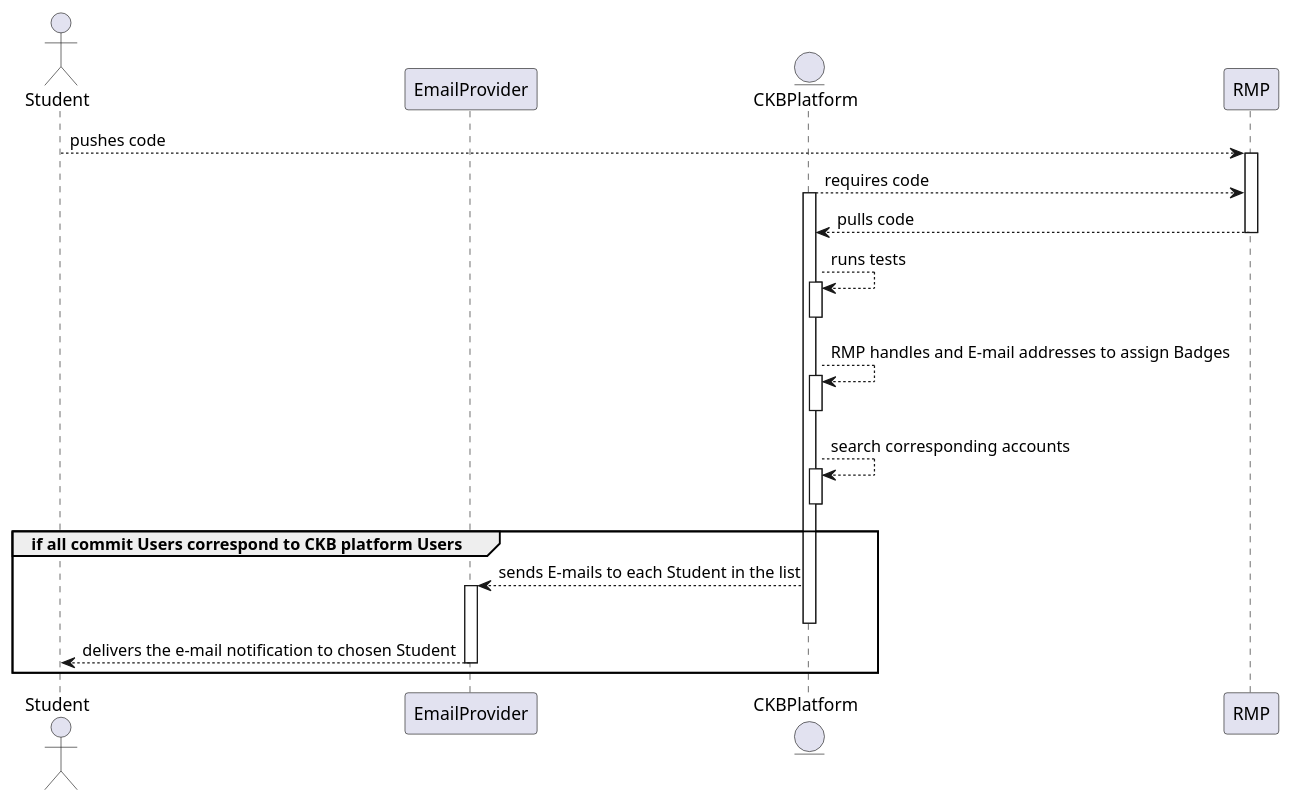
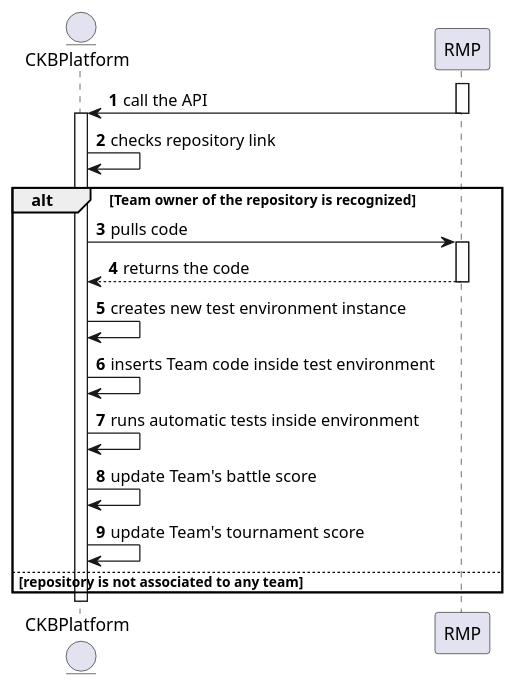
The diagram in _RASD/Images/UML/sequenceDiagram/sequenceDiagramUC9.wsd (Angelo7672/SE2_Requirement-and-Design-Document), drawn with PlantUML before and after one commit. The commit also changed 24 other files, not shown here.

Commit message:
sequence diagram fix

```diff
--- a/_RASD/Images/UML/sequenceDiagram/sequenceDiagramUC9.wsd
+++ b/_RASD/Images/UML/sequenceDiagram/sequenceDiagramUC9.wsd
@@ -1,31 +1,28 @@
 @startuml
 
-actor Student as S
-participant EmailProvider as E
+autonumber
+
 entity CKBPlatform as P
 participant RMP as R
 
-S--->R: pushes code
 activate R
-P--->R: requires code
+R -> P: call the API
+deactivate R
 activate P
-P<---R: pulls code
-deactivate R
-P--->P: runs tests
-activate P
+P -> P: checks repository link
+
+alt Team owner of the repository is recognized
+    P -> R: pulls code
+    activate R
+    R --> P: returns the code
+    deactivate R
+    P -> P: creates new test environment instance
+    P -> P: inserts Team code inside test environment
+    P -> P: runs automatic tests inside environment
+    P -> P: update Team's battle score 
+    P -> P: update Team's tournament score
+else repository is not associated to any team
+end
 deactivate P
-P--->P: RMP handles and E-mail addresses to assign Badges
-activate P
-deactivate P
-P--->P: search corresponding accounts
-activate P
-deactivate P
-group if all commit Users correspond to CKB platform Users
-    P--->E: sends E-mails to each Student in the list
-    activate E
-    deactivate P
-    E--->S: delivers the e-mail notification to chosen Student
-    deactivate E
-end 
 
 @enduml
```
